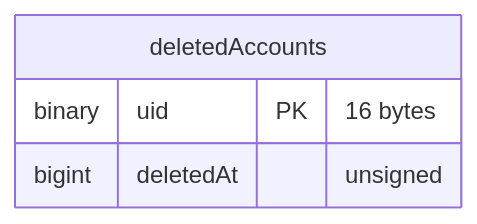
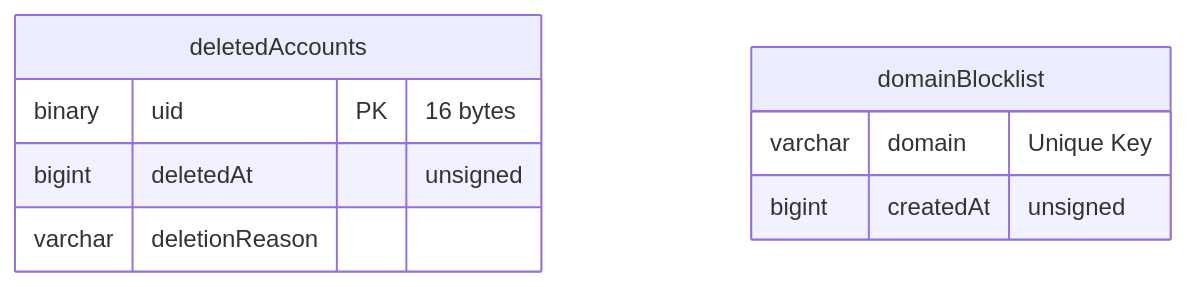
One commit to mozilla/ecosystem-platform changed the third of 19 diagrams in docs/reference/database-structure.md. Above: the diagram before and after it, drawn with Mermaid. The commit also changed other lines of this file, not shown here.

````diff
--- a/docs/reference/database-structure.md
+++ b/docs/reference/database-structure.md
@@ -123,7 +139,12 @@
 ```mermaid
 erDiagram
     deletedAccounts {
        binary uid PK "16 bytes"
        bigint deletedAt "unsigned"
+       varchar deletionReason
+    }
+    domainBlocklist {
+       varchar domain "Unique Key"
+       bigint createdAt "unsigned"
     }
 ```
````
